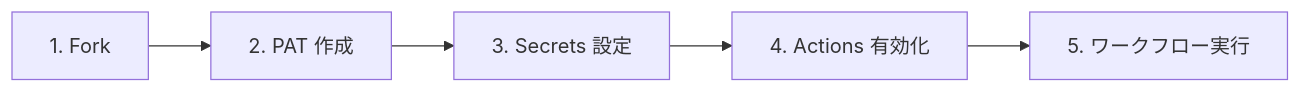
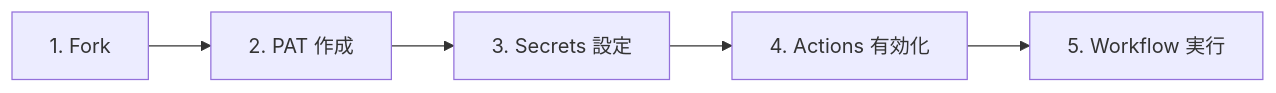
The diagram in docs/index.md (lurest-inc/github-projects-ops-kit), drawn with Mermaid before and after one commit. The commit also changed other lines of this file and 26 other files, not shown here.

````diff
--- a/docs/index.md
+++ b/docs/index.md
@@ -41,7 +41,7 @@
 ```mermaid
 flowchart LR
     A["1. Fork"] --> B["2. PAT 作成"]
     B --> C["3. Secrets 設定"]
     C --> D["4. Actions 有効化"]
-    D --> E["5. ワークフロー実行"]
+    D --> E["5. Workflow 実行"]
 ```
````
